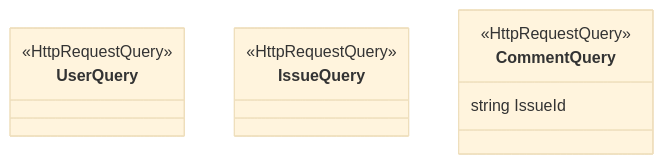
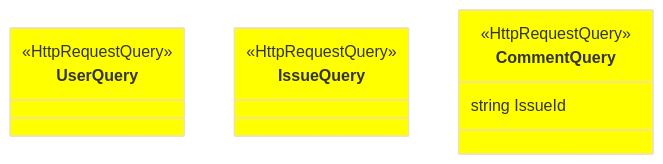
Before and after one commit to ghackenberg/csharp-maui-aspnet-sample: the diagram in Models/Message/Query/Query.mmd, drawn with Mermaid (base theme). The commit also changed 32 other files, not shown here.

```diff
--- a/Models/Message/Query/Query.mmd
+++ b/Models/Message/Query/Query.mmd
@@ -1,14 +1,18 @@
 classDiagram
 
     class UserQuery {
         <<HttpRequestQuery>>
     }
 
     class IssueQuery {
         <<HttpRequestQuery>>
     }
 
     class CommentQuery {
         <<HttpRequestQuery>>
         string IssueId
     }
+
+    style UserQuery fill:yellow
+    style IssueQuery fill:yellow
+    style CommentQuery fill:yellow
```
